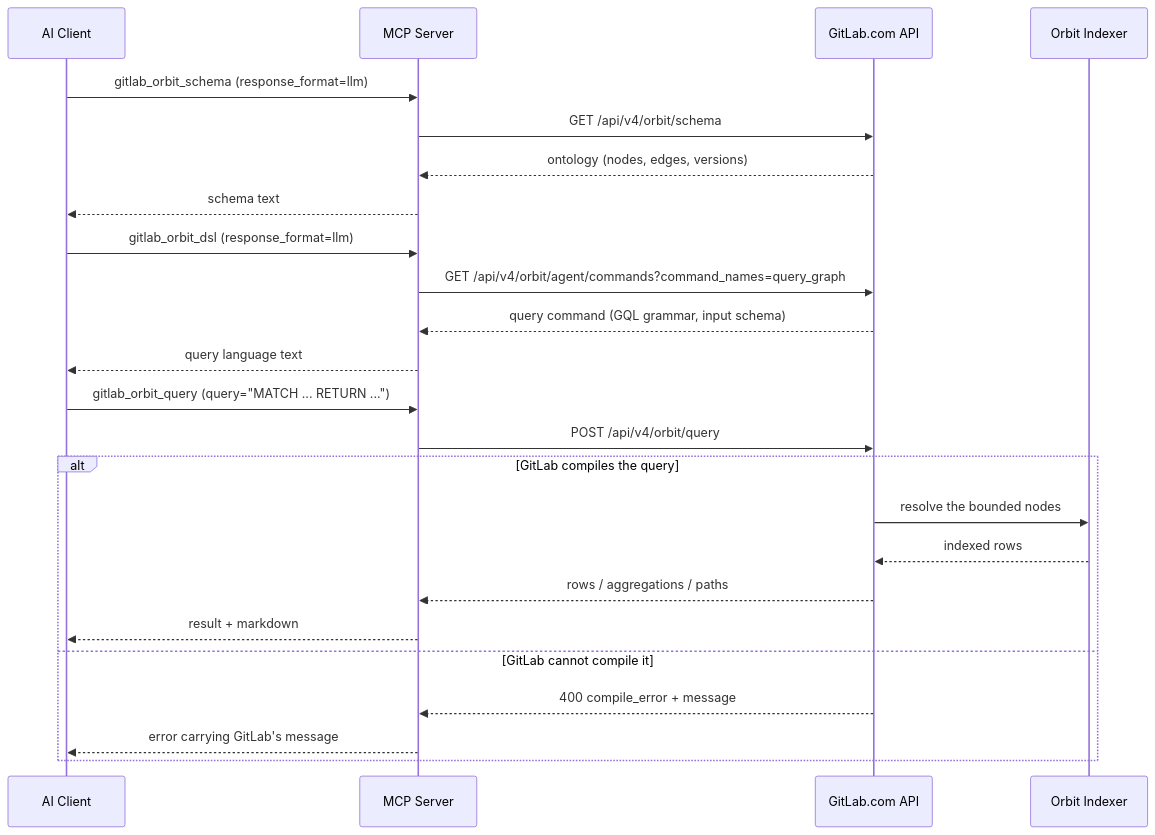
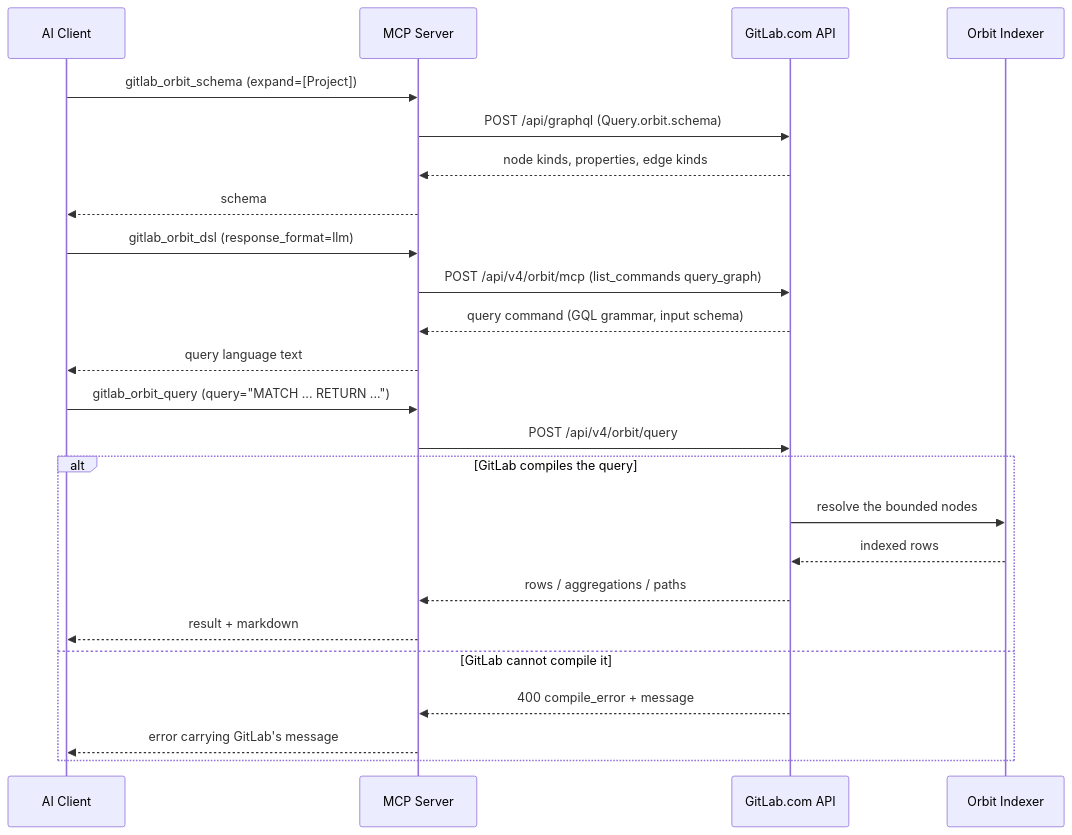
The diagram in site/src/content/docs/tools/orbit.mdx (jmrplens/gitlab-mcp-server), drawn with Mermaid before and after one commit. The commit also changed other lines of this file and 7 other files, not shown here.

````diff
--- a/site/src/content/docs/tools/orbit.mdx
+++ b/site/src/content/docs/tools/orbit.mdx
@@ -108,29 +124,29 @@
 ```mermaid
 sequenceDiagram
     participant LLM as AI Client
     participant MCP as MCP Server
     participant GL as GitLab.com API
     participant IDX as Orbit Indexer
 
-    LLM->>MCP: gitlab_orbit_schema (response_format=llm)
-    MCP->>GL: GET /api/v4/orbit/schema
-    GL-->>MCP: ontology (nodes, edges, versions)
-    MCP-->>LLM: schema text
+    LLM->>MCP: gitlab_orbit_schema (expand=[Project])
+    MCP->>GL: POST /api/graphql (Query.orbit.schema)
+    GL-->>MCP: node kinds, properties, edge kinds
+    MCP-->>LLM: schema
 
     LLM->>MCP: gitlab_orbit_dsl (response_format=llm)
-    MCP->>GL: GET /api/v4/orbit/agent/commands?command_names=query_graph
+    MCP->>GL: POST /api/v4/orbit/mcp (list_commands query_graph)
     GL-->>MCP: query command (GQL grammar, input schema)
     MCP-->>LLM: query language text
 
     LLM->>MCP: gitlab_orbit_query (query="MATCH ... RETURN ...")
     MCP->>GL: POST /api/v4/orbit/query
     alt GitLab compiles the query
         GL->>IDX: resolve the bounded nodes
         IDX-->>GL: indexed rows
         GL-->>MCP: rows / aggregations / paths
         MCP-->>LLM: result + markdown
     else GitLab cannot compile it
         GL-->>MCP: 400 compile_error + message
         MCP-->>LLM: error carrying GitLab's message
     end
 ```
````
